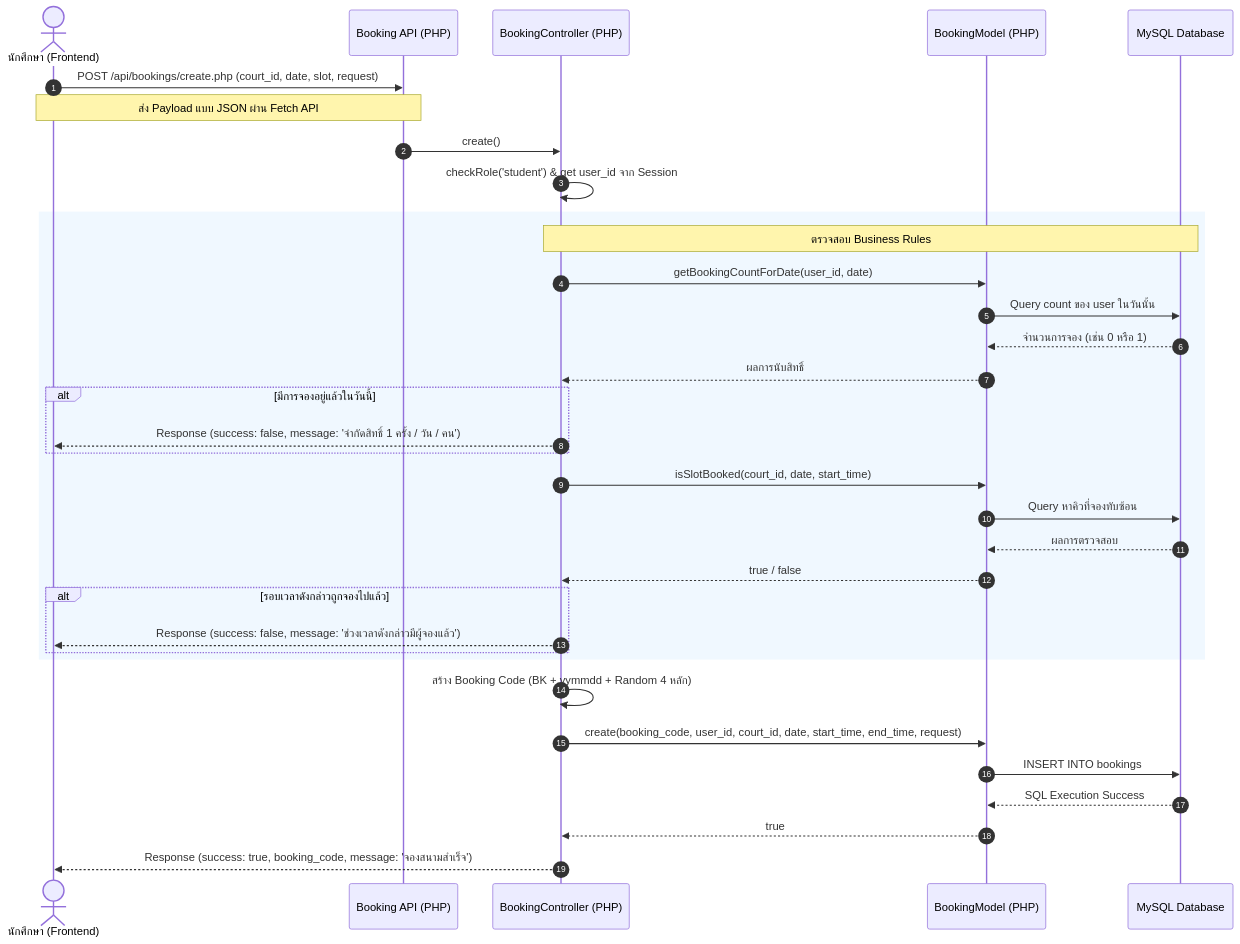
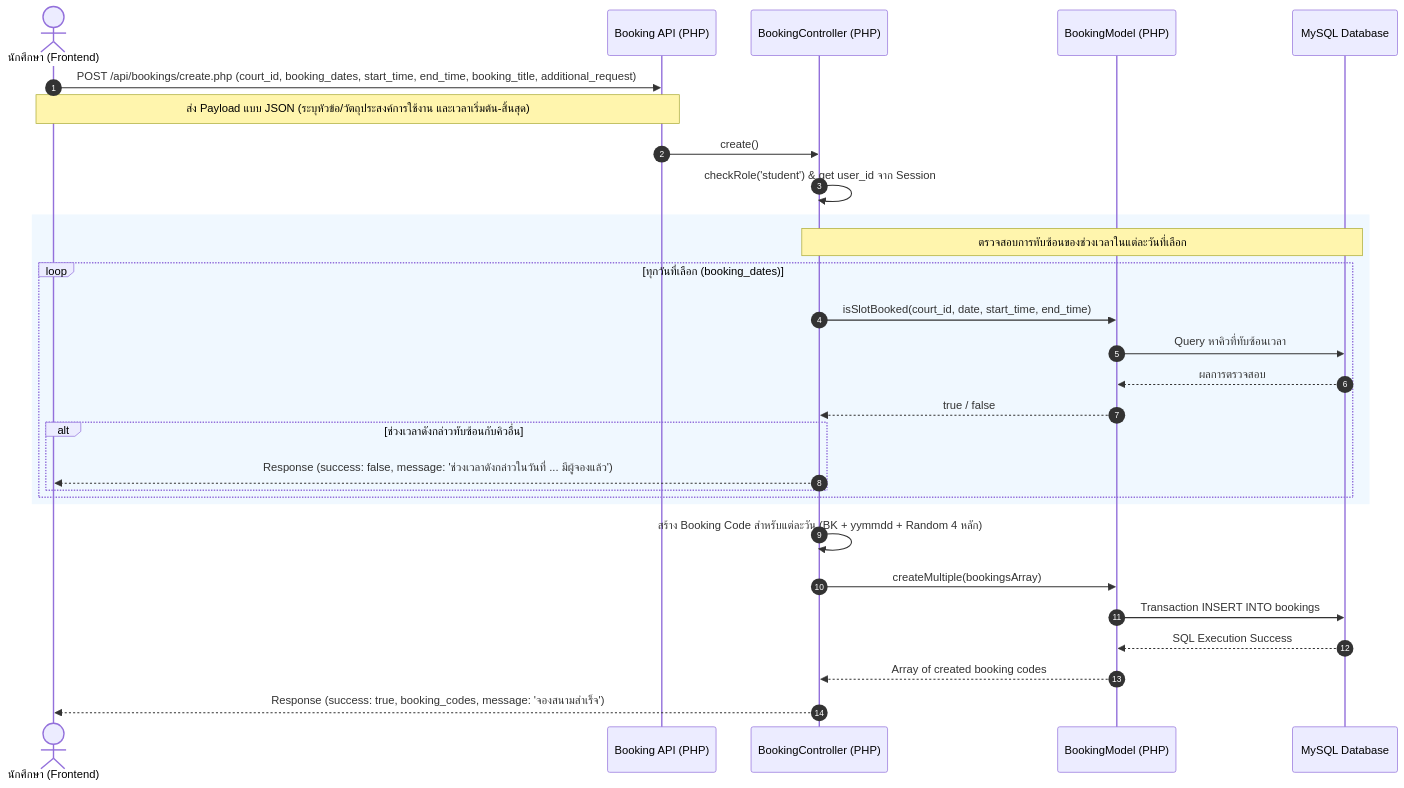
The diagram in doc/court-booking.md (FoamNR/psru-sports-booking), drawn with Mermaid before and after one commit. The commit also changed other lines of this file and 12 other files, not shown here.

Commit message:
feat: enhance booking system with multi-day selection, custom time range, purpose requirement, and remove quota limits

````diff
--- a/doc/court-booking.md
+++ b/doc/court-booking.md
@@ -44,40 +44,34 @@
 ```mermaid
 sequenceDiagram
     autonumber
     actor Student as นักศึกษา (Frontend)
     participant API as Booking API (PHP)
     participant Ctrl as BookingController (PHP)
     participant Model as BookingModel (PHP)
     participant DB as MySQL Database
 
-    Student->>API: POST /api/bookings/create.php (court_id, date, slot, request)
-    Note over Student, API: ส่ง Payload แบบ JSON ผ่าน Fetch API
+    Student->>API: POST /api/bookings/create.php (court_id, booking_dates, start_time, end_time, booking_title, additional_request)
+    Note over Student, API: ส่ง Payload แบบ JSON (ระบุหัวข้อ/วัตถุประสงค์การใช้งาน และเวลาเริ่มต้น-สิ้นสุด)
     API->>Ctrl: create()
     Ctrl->>Ctrl: checkRole('student') & get user_id จาก Session
     
     rect rgb(240, 248, 255)
-        Note over Ctrl, DB: ตรวจสอบ Business Rules
-        Ctrl->>Model: getBookingCountForDate(user_id, date)
-        Model->>DB: Query count ของ user ในวันนั้น
-        DB-->>Model: จำนวนการจอง (เช่น 0 หรือ 1)
-        Model-->>Ctrl: ผลการนับสิทธิ์
-        alt มีการจองอยู่แล้วในวันนี้
-            Ctrl-->>Student: Response (success: false, message: 'จำกัดสิทธิ์ 1 ครั้ง / วัน / คน')
-        end
-    
-        Ctrl->>Model: isSlotBooked(court_id, date, start_time)
-        Model->>DB: Query หาคิวที่จองทับซ้อน
-        DB-->>Model: ผลการตรวจสอบ
-        Model-->>Ctrl: true / false
-        alt รอบเวลาดังกล่าวถูกจองไปแล้ว
-            Ctrl-->>Student: Response (success: false, message: 'ช่วงเวลาดังกล่าวมีผู้จองแล้ว')
+        Note over Ctrl, DB: ตรวจสอบการทับซ้อนของช่วงเวลาในแต่ละวันที่เลือก
+        loop ทุกวันที่เลือก (booking_dates)
+            Ctrl->>Model: isSlotBooked(court_id, date, start_time, end_time)
+            Model->>DB: Query หาคิวที่ทับซ้อนเวลา
+            DB-->>Model: ผลการตรวจสอบ
+            Model-->>Ctrl: true / false
+            alt ช่วงเวลาดังกล่าวทับซ้อนกับคิวอื่น
+                Ctrl-->>Student: Response (success: false, message: 'ช่วงเวลาดังกล่าวในวันที่ ... มีผู้จองแล้ว')
+            end
         end
     End
 
-    Ctrl->>Ctrl: สร้าง Booking Code (BK + yymmdd + Random 4 หลัก)
-    Ctrl->>Model: create(booking_code, user_id, court_id, date, start_time, end_time, request)
-    Model->>DB: INSERT INTO bookings
+    Ctrl->>Ctrl: สร้าง Booking Code สำหรับแต่ละวัน (BK + yymmdd + Random 4 หลัก)
+    Ctrl->>Model: createMultiple(bookingsArray)
+    Model->>DB: Transaction INSERT INTO bookings
     DB-->>Model: SQL Execution Success
-    Model-->>Ctrl: true
-    Ctrl-->>Student: Response (success: true, booking_code, message: 'จองสนามสำเร็จ')
+    Model-->>Ctrl: Array of created booking codes
+    Ctrl-->>Student: Response (success: true, booking_codes, message: 'จองสนามสำเร็จ')
 ```
````
